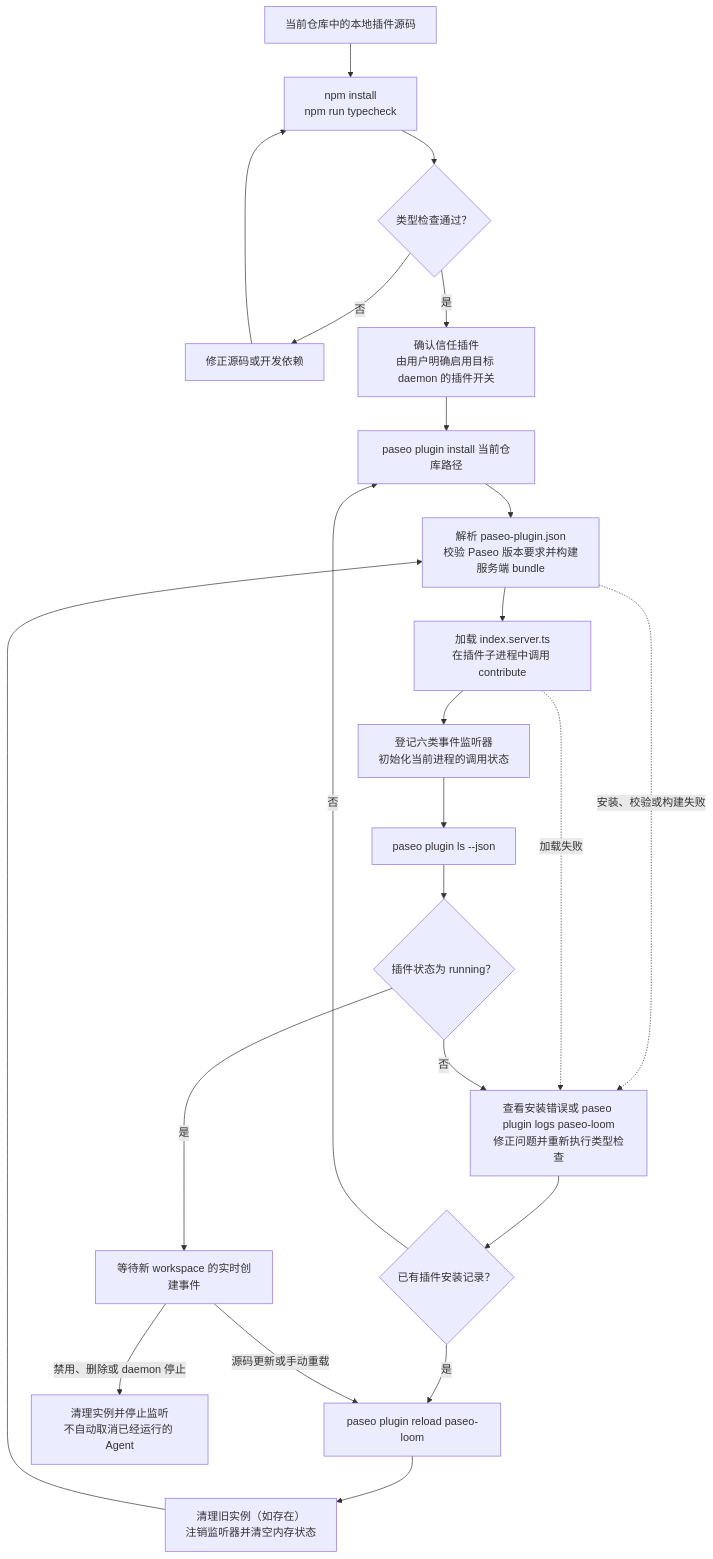
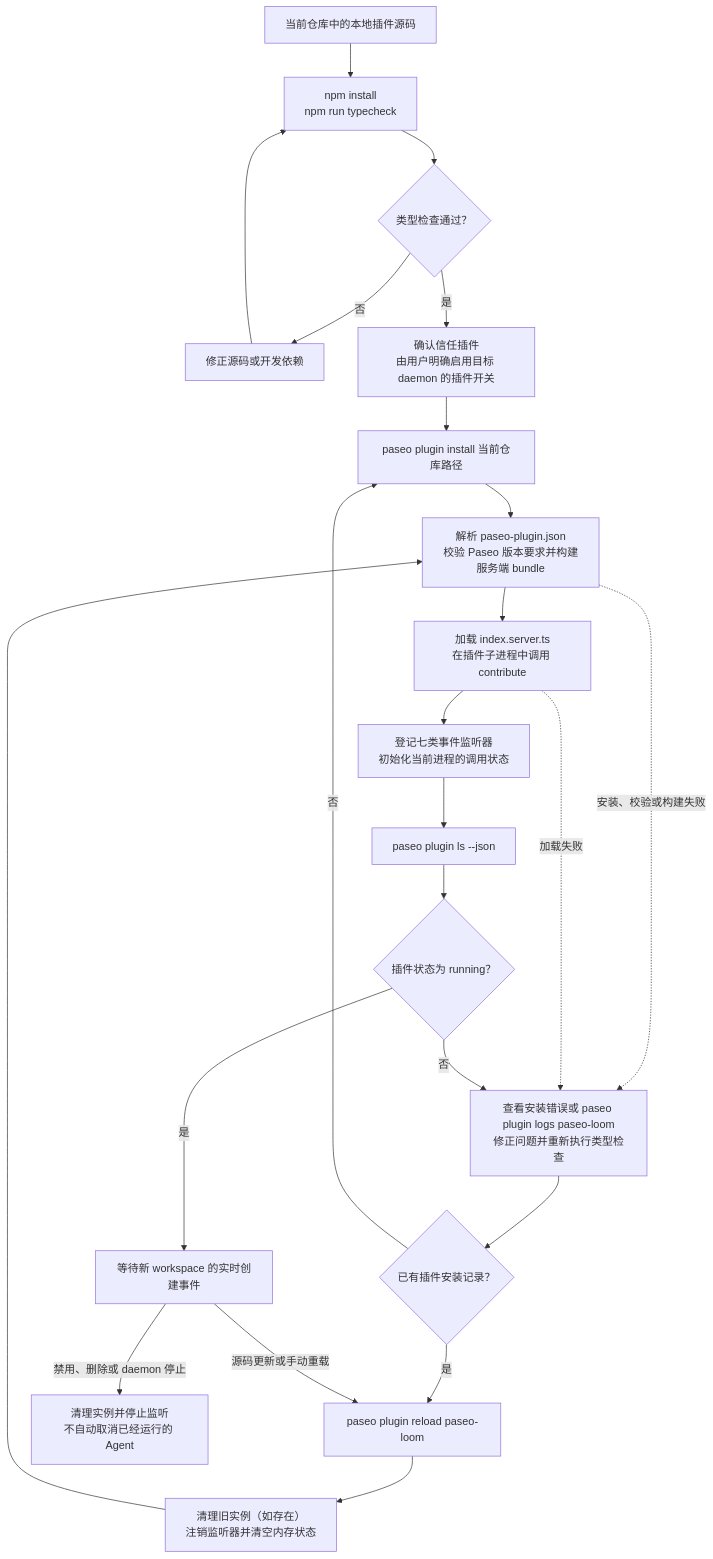
Before and after one commit to qsoyq/paseo-loom: the first of 3 diagrams in README.md, drawn with Mermaid. The commit also changed other lines of this file and 1 other file, not shown here.

````diff
--- a/README.md
+++ b/README.md
@@ -13,25 +13,25 @@
 ```mermaid
 flowchart TD
     Source["当前仓库中的本地插件源码"] --> Typecheck["npm install<br>npm run typecheck"]
     Typecheck --> TypesValid{"类型检查通过？"}
     TypesValid -- "否" --> FixTypes["修正源码或开发依赖"]
     FixTypes --> Typecheck
     TypesValid -- "是" --> Trust["确认信任插件<br>由用户明确启用目标 daemon 的插件开关"]
     Trust --> Install["paseo plugin install 当前仓库路径"]
     Install --> Prepare["解析 paseo-plugin.json<br>校验 Paseo 版本要求并构建服务端 bundle"]
     Prepare --> Load["加载 index.server.ts<br>在插件子进程中调用 contribute"]
-    Load --> Register["登记六类事件监听器<br>初始化当前进程的调用状态"]
+    Load --> Register["登记七类事件监听器<br>初始化当前进程的调用状态"]
     Register --> Inspect["paseo plugin ls --json"]
     Inspect --> Running{"插件状态为 running？"}
     Running -- "是" --> Ready["等待新 workspace 的实时创建事件"]
     Prepare -. "安装、校验或构建失败" .-> Diagnose["查看安装错误或 paseo plugin logs paseo-loom<br>修正问题并重新执行类型检查"]
     Load -. "加载失败" .-> Diagnose
     Running -- "否" --> Diagnose
     Diagnose --> Installed{"已有插件安装记录？"}
     Installed -- "否" --> Install
     Installed -- "是" --> Reload["paseo plugin reload paseo-loom"]
     Ready -- "源码更新或手动重载" --> Reload
     Reload --> Cleanup["清理旧实例（如存在）<br>注销监听器并清空内存状态"]
     Cleanup --> Prepare
     Ready -- "禁用、删除或 daemon 停止" --> Stop["清理实例并停止监听<br>不自动取消已经运行的 Agent"]
 ```
````
